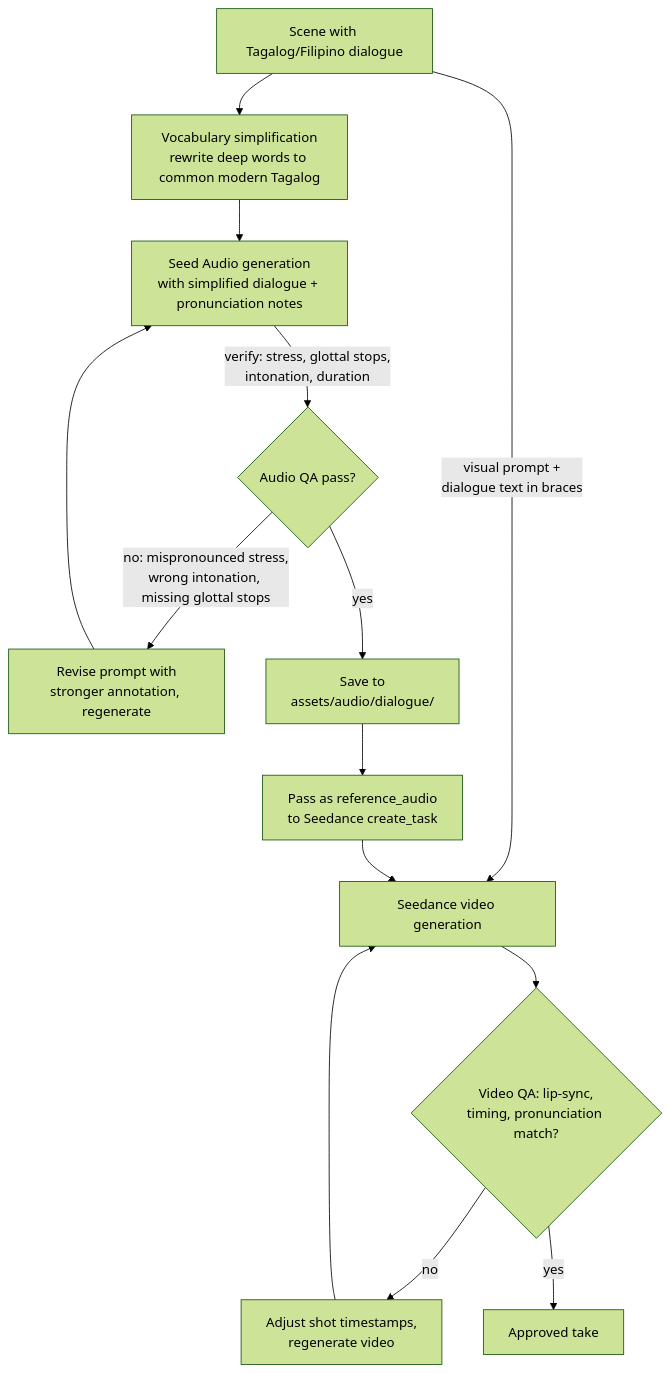
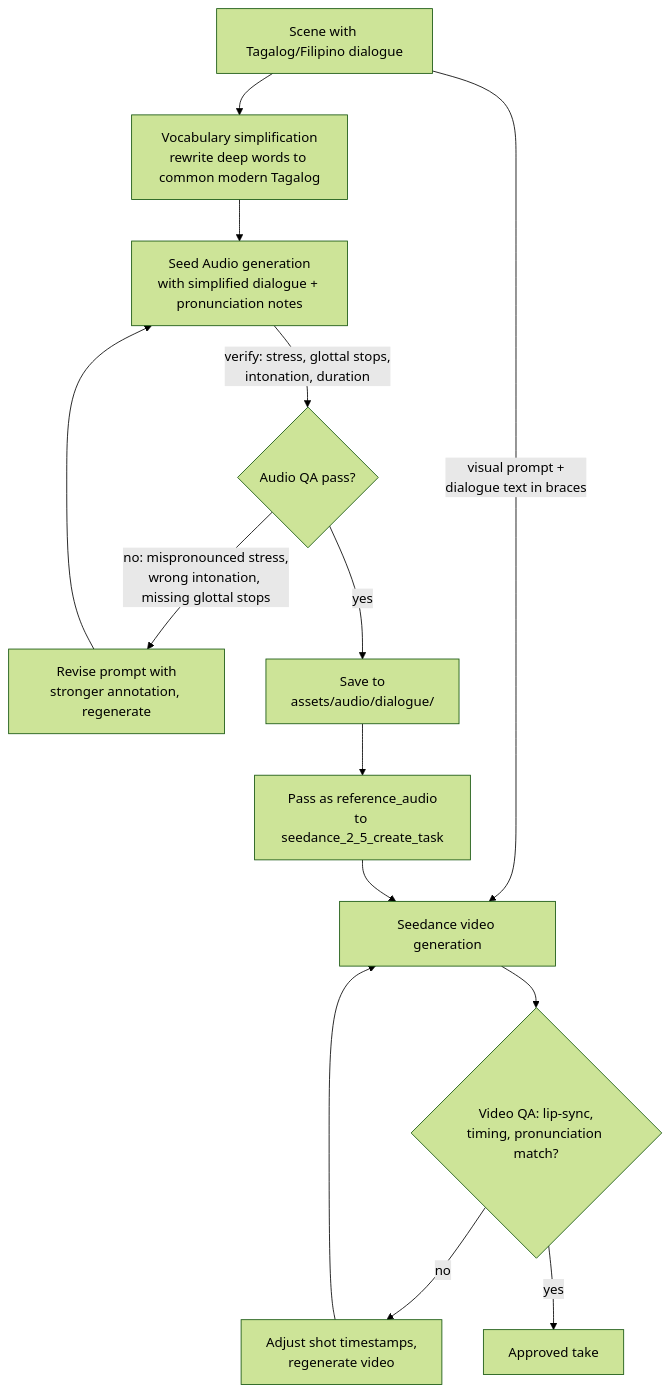
The fourth of 4 diagrams in .agents/skills/seedance-prompt-25-filipino/SKILL.md (ArthurReimus-ByteDance/ark-director), drawn with Mermaid (forest theme) before and after one commit. The commit also changed other lines of this file and 12 other files, not shown here.

````diff
--- a/.agents/skills/seedance-prompt-25-filipino/SKILL.md
+++ b/.agents/skills/seedance-prompt-25-filipino/SKILL.md
@@ -559,16 +561,16 @@
 ```mermaid
 flowchart TD
   SCENE[Scene with Tagalog/Filipino dialogue] --> SIMP[Vocabulary simplification<br/>rewrite deep words to common modern Tagalog]
   SIMP --> SEEDAUDIO[Seed Audio generation<br/>with simplified dialogue + pronunciation notes]
   SEEDAUDIO -->|verify: stress, glottal stops,<br/>intonation, duration| QA{Audio QA pass?}
   QA -->|no: mispronounced stress,<br/>wrong intonation, missing glottal stops| ADJ[Revise prompt with<br/>stronger annotation, regenerate]
   ADJ --> SEEDAUDIO
   QA -->|yes| SAVE[Save to<br/>assets/audio/dialogue/]
-  SAVE --> REF[Pass as reference_audio<br/>to Seedance create_task]
+  SAVE --> REF[Pass as reference_audio<br/>to seedance_2_5_create_task]
   SCENE -->|visual prompt +<br/>dialogue text in braces| SEED[Seedance video generation]
   REF --> SEED
   SEED --> VQA{Video QA: lip-sync,<br/>timing, pronunciation match?}
   VQA -->|no| VADJ[Adjust shot timestamps,<br/>regenerate video]
   VADJ --> SEED
   VQA -->|yes| DONE[Approved take]
 ```
````
